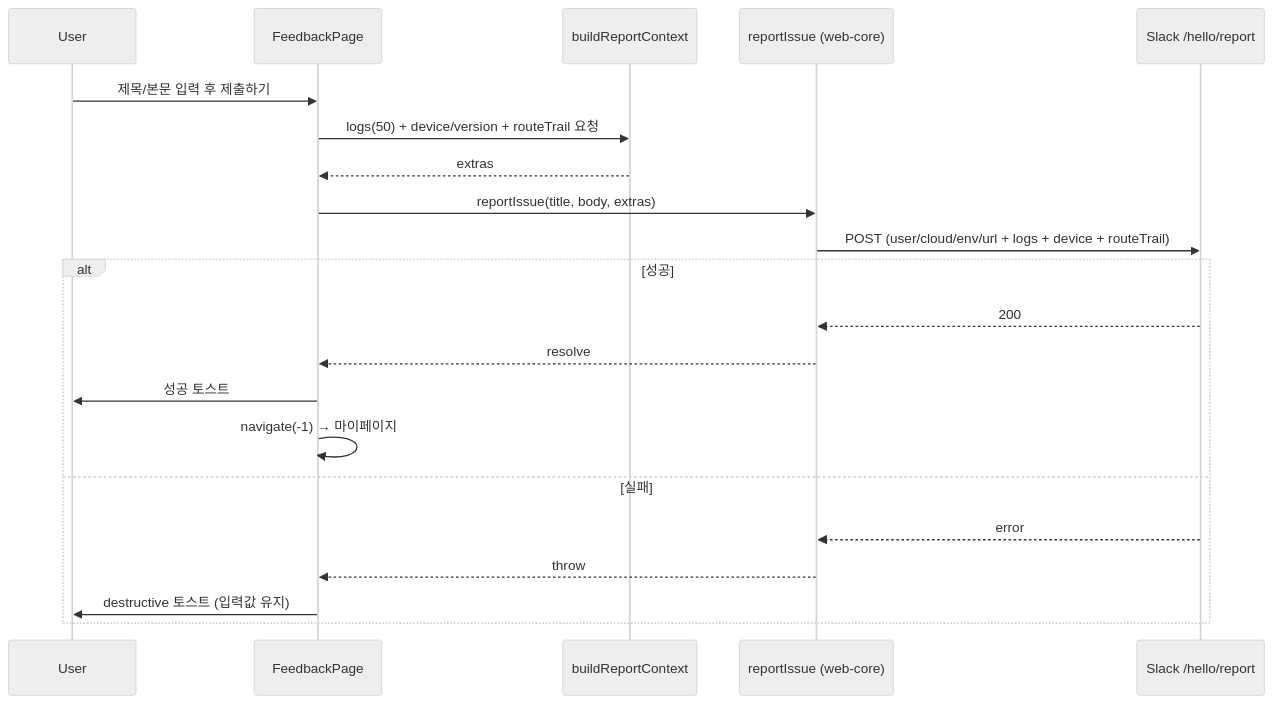
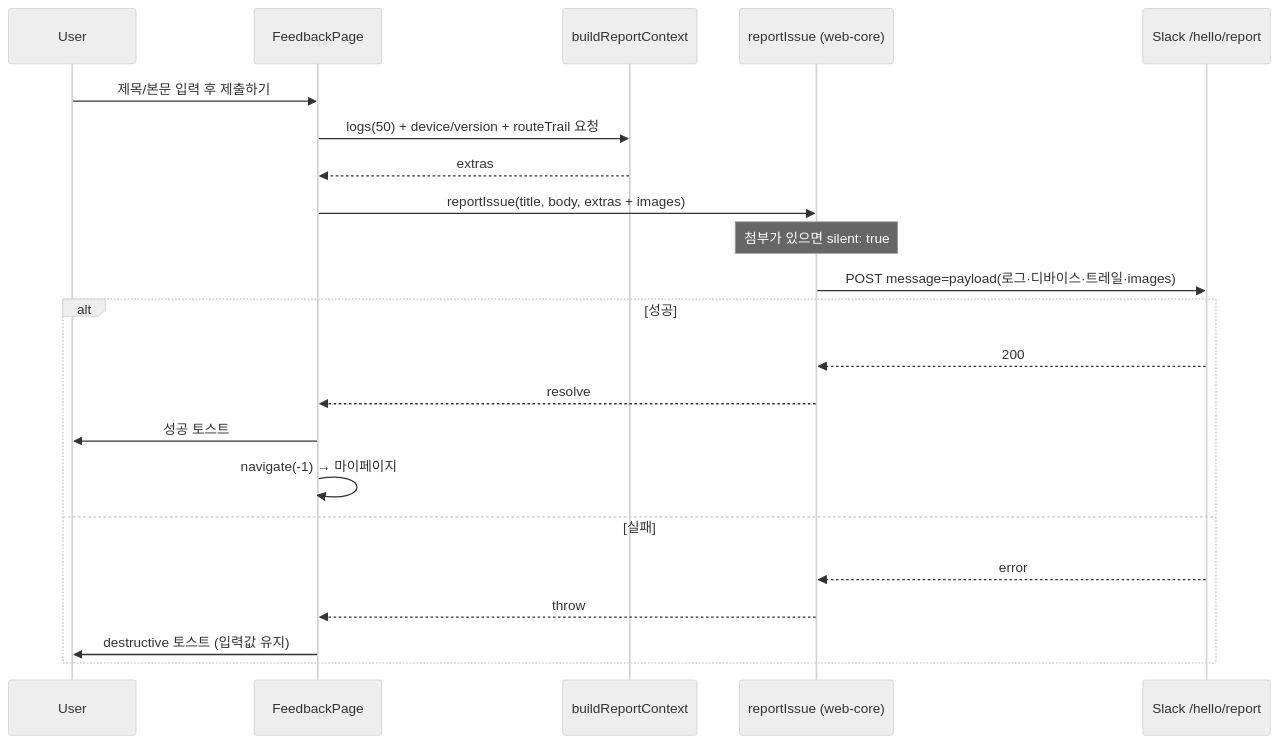
The second of 3 diagrams in apps/web/docs/feature/feedback/README.md (lemoncloud-io/dou-app), drawn with Mermaid (neutral theme) before and after one commit. The commit also changed other lines of this file, not shown here.

````diff
--- a/apps/web/docs/feature/feedback/README.md
+++ b/apps/web/docs/feature/feedback/README.md
@@ -90,24 +102,25 @@
 ```mermaid
 sequenceDiagram
     participant U as User
     participant P as FeedbackPage
     participant B as buildReportContext
     participant R as reportIssue (web-core)
     participant S as Slack /hello/report
 
     U->>P: 제목/본문 입력 후 제출하기
     P->>B: logs(50) + device/version + routeTrail 요청
     B-->>P: extras
-    P->>R: reportIssue(title, body, extras)
-    R->>S: POST (user/cloud/env/url + logs + device + routeTrail)
+    P->>R: reportIssue(title, body, extras + images)
+    Note over R: 첨부가 있으면 silent: true
+    R->>S: POST message=payload(로그·디바이스·트레일·images)
     alt 성공
         S-->>R: 200
         R-->>P: resolve
         P->>U: 성공 토스트
         P->>P: navigate(-1) → 마이페이지
     else 실패
         S-->>R: error
         R-->>P: throw
         P->>U: destructive 토스트 (입력값 유지)
     end
 ```
````
